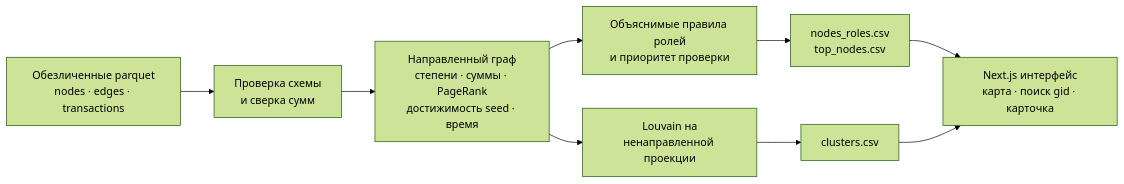
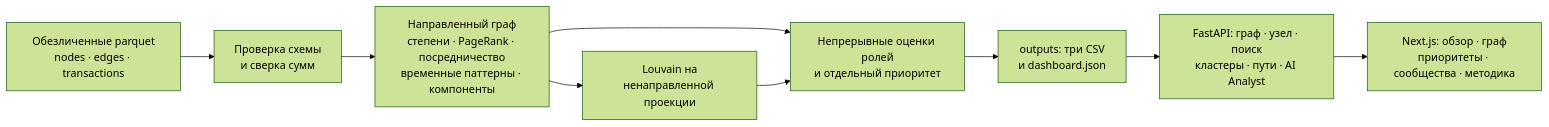
The diagram in docs/architecture.md (BAITC-Hacks/hack-463a9525-500), drawn with Mermaid (forest theme) before and after one commit. The commit also changed other lines of this file and 23 other files, not shown here.

````diff
--- a/docs/architecture.md
+++ b/docs/architecture.md
@@ -3,11 +3,11 @@
 ```mermaid
 flowchart LR
     A[Обезличенные parquet<br/>nodes · edges · transactions] --> B[Проверка схемы<br/>и сверка сумм]
-    B --> C[Направленный граф<br/>степени · суммы · PageRank<br/>достижимость seed · время]
-    C --> D[Объяснимые правила ролей<br/>и приоритет проверки]
+    B --> C[Направленный граф<br/>степени · PageRank · посредничество<br/>временные паттерны · компоненты]
     C --> E[Louvain на<br/>ненаправленной проекции]
-    D --> F[nodes_roles.csv<br/>top_nodes.csv]
-    E --> G[clusters.csv]
-    F --> H[Next.js интерфейс<br/>карта · поиск gid · карточка]
-    G --> H
+    C --> D[Непрерывные оценки ролей<br/>и отдельный приоритет]
+    E --> D
+    D --> F[outputs: три CSV<br/>и dashboard.json]
+    F --> G[FastAPI: граф · узел · поиск<br/>кластеры · пути · AI Analyst]
+    G --> H[Next.js: обзор · граф<br/>приоритеты · сообщества · методика]
 ```
````
